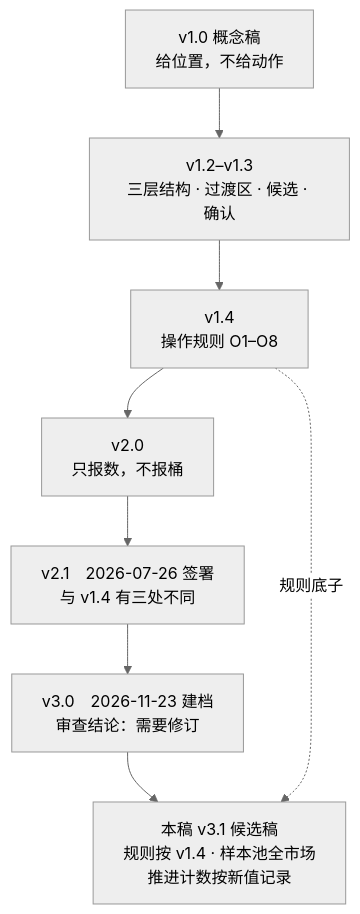
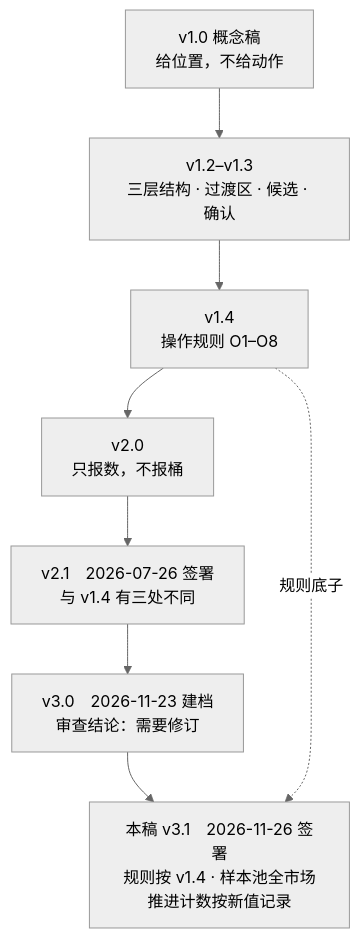
One commit to everything-is-simple/malf-Definitive changed the second of 9 diagrams in docs/MALF终极权威定义（A股版）.md. Above: the diagram before and after it, drawn with Mermaid (neutral theme). The commit also changed other lines of this file and 9 other files, not shown here.

````diff
--- a/docs/MALF终极权威定义（A股版）.md
+++ b/docs/MALF终极权威定义（A股版）.md
@@ -127,12 +127,12 @@
 ```mermaid
 flowchart TD
     v10["v1.0 概念稿<br/>给位置，不给动作"]
     v13["v1.2–v1.3<br/>三层结构 · 过渡区 · 候选 · 确认"]
     v14["v1.4<br/>操作规则 O1–O8"]
     v20["v2.0<br/>只报数，不报桶"]
     v21["v2.1　2026-07-26 签署<br/>与 v1.4 有三处不同"]
     v30["v3.0　2026-11-23 建档<br/>审查结论：需要修订"]
-    v31["本稿 v3.1 候选稿<br/>规则按 v1.4 · 样本池全市场<br/>推进计数按新值记录"]
+    v31["本稿 v3.1　2026-11-26 签署<br/>规则按 v1.4 · 样本池全市场<br/>推进计数按新值记录"]
     v10 --> v13 --> v14 --> v20 --> v21 --> v30 --> v31
     v14 -. "规则底子" .-> v31
 ```
````
